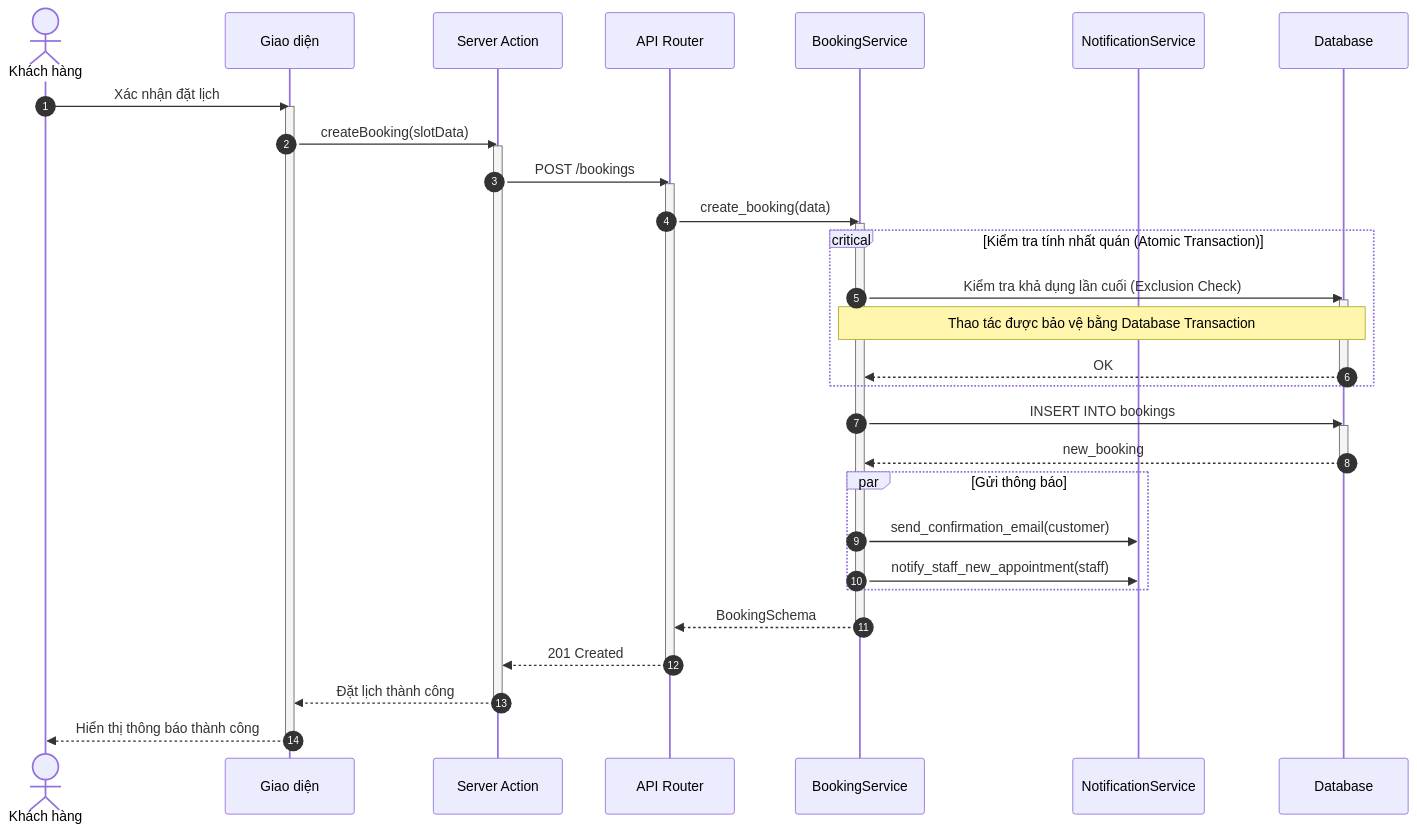
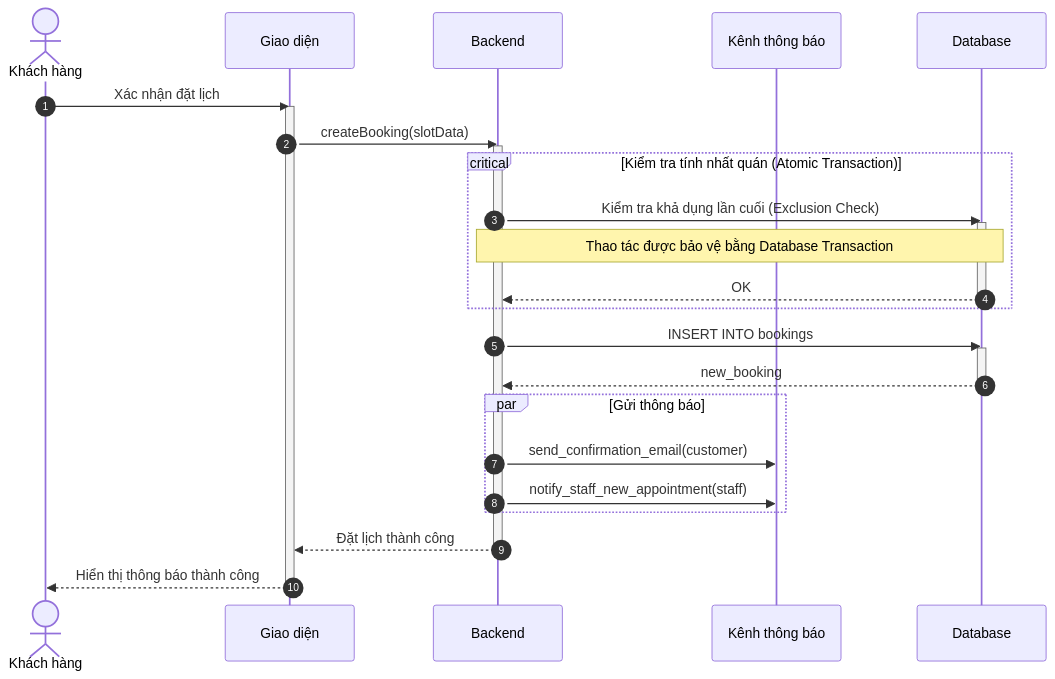
The fourth of 10 diagrams in docs/design/sequences/customer_flows.md (ngoctinn/Synapse), drawn with Mermaid before and after one commit. The commit also changed other lines of this file and 7 other files, not shown here.

Commit message:
docs: Add initial design documentation for authentication, user flows, and algorithm specification.

````diff
--- a/docs/design/sequences/customer_flows.md
+++ b/docs/design/sequences/customer_flows.md
@@ -162,52 +120,38 @@
 ```mermaid
 sequenceDiagram
     autonumber
     actor KH as Khách hàng
     participant UI as Giao diện
-    participant BFF as Server Action
-    participant API as API Router
-    participant S as BookingService
-    participant NOTI as NotificationService
+    participant BE as Backend
+    participant NOTI as Kênh thông báo
     participant DB as Database
 
     KH->>UI: Xác nhận đặt lịch
     activate UI
-    UI->>BFF: createBooking(slotData)
-    activate BFF
-
-    BFF->>API: POST /bookings
-    activate API
-
-    API->>S: create_booking(data)
-    activate S
+    UI->>BE: createBooking(slotData)
+    activate BE
 
     critical Kiểm tra tính nhất quán (Atomic Transaction)
-        S->>DB: Kiểm tra khả dụng lần cuối (Exclusion Check)
+        BE->>DB: Kiểm tra khả dụng lần cuối (Exclusion Check)
         activate DB
-        Note over S,DB: Thao tác được bảo vệ bằng Database Transaction
-        DB-->>S: OK
+        Note over BE,DB: Thao tác được bảo vệ bằng Database Transaction
+        DB-->>BE: OK
         deactivate DB
     end
 
-    S->>DB: INSERT INTO bookings
+    BE->>DB: INSERT INTO bookings
     activate DB
-    DB-->>S: new_booking
+    DB-->>BE: new_booking
     deactivate DB
 
     par Gửi thông báo
-        S->>NOTI: send_confirmation_email(customer)
-        S->>NOTI: notify_staff_new_appointment(staff)
+        BE->>NOTI: send_confirmation_email(customer)
+        BE->>NOTI: notify_staff_new_appointment(staff)
     end
 
-    S-->>API: BookingSchema
-    deactivate S
-
-    API-->>BFF: 201 Created
-    deactivate API
-
-    BFF-->>UI: Đặt lịch thành công
-    deactivate BFF
+    BE-->>UI: Đặt lịch thành công
+    deactivate BE
 
     UI-->>KH: Hiển thị thông báo thành công
     deactivate UI
 ```
````
